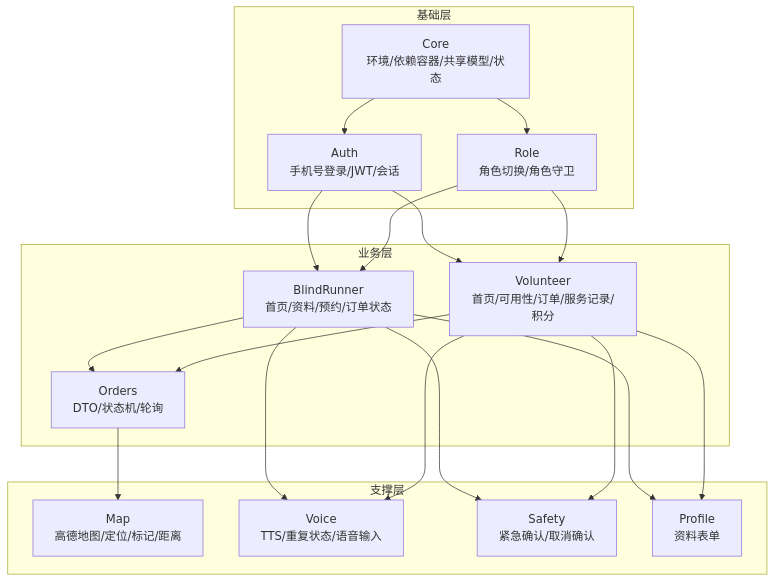
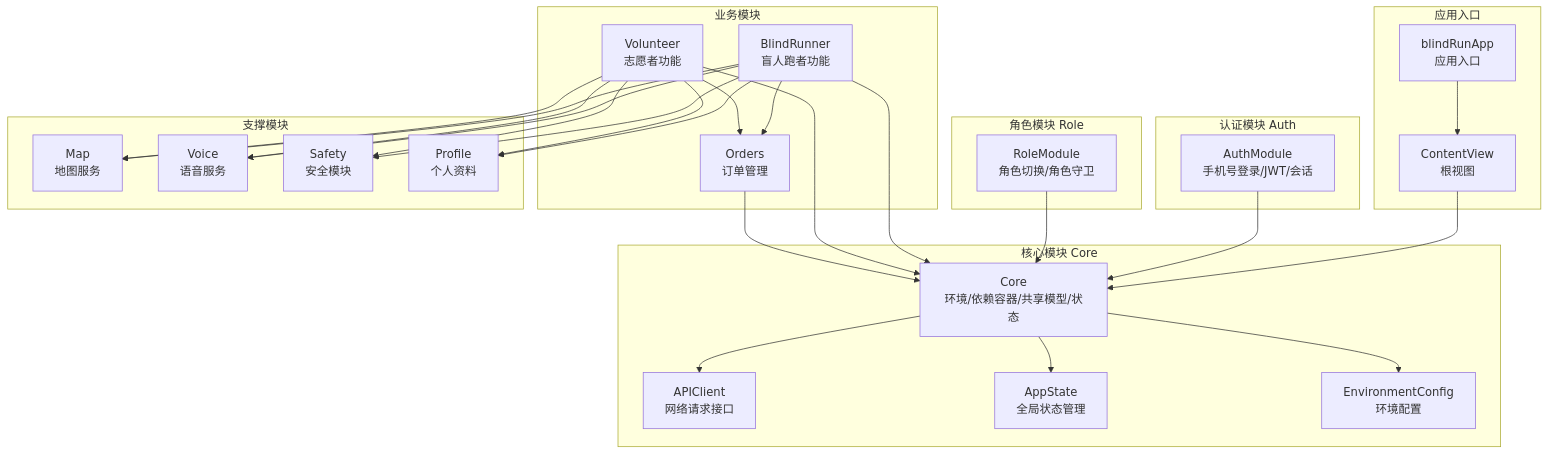
The first of 6 diagrams in .qoder/repowiki/zh/content/架构设计/模块化架构设计/模块化架构设计.md (Jayden23018/blind-run-ios), drawn with Mermaid before and after one commit. The commit also changed other lines of this file and 35 other files, not shown here.

Commit message:
Implement backend auth and role-switch flow

````diff
--- a/.qoder/repowiki/zh/content/架构设计/模块化架构设计/模块化架构设计.md
+++ b/.qoder/repowiki/zh/content/架构设计/模块化架构设计/模块化架构设计.md
@@ -86,34 +49,50 @@
 ```mermaid
 graph TB
-subgraph "基础层"
+subgraph "应用入口"
+App["blindRunApp<br/>应用入口"]
+Content["ContentView<br/>根视图"]
+end
+subgraph "核心模块 Core"
 Core["Core<br/>环境/依赖容器/共享模型/状态"]
-Auth["Auth<br/>手机号登录/JWT/会话"]
-Role["Role<br/>角色切换/角色守卫"]
+APIClient["APIClient<br/>网络请求接口"]
+AppState["AppState<br/>全局状态管理"]
+EnvConfig["EnvironmentConfig<br/>环境配置"]
 end
-subgraph "业务层"
-BR["BlindRunner<br/>首页/资料/预约/订单状态"]
-VOL["Volunteer<br/>首页/可用性/订单/服务记录/积分"]
-ORD["Orders<br/>DTO/状态机/轮询"]
+subgraph "认证模块 Auth"
+Auth["AuthModule<br/>手机号登录/JWT/会话"]
 end
-subgraph "支撑层"
-MAP["Map<br/>高德地图/定位/标记/距离"]
-VOICE["Voice<br/>TTS/重复状态/语音输入"]
-SAFETY["Safety<br/>紧急确认/取消确认"]
-PROFILE["Profile<br/>资料表单"]
+subgraph "角色模块 Role"
+Role["RoleModule<br/>角色切换/角色守卫"]
 end
-Core --> Auth
-Core --> Role
-Auth --> BR
-Auth --> VOL
-Role --> BR
-Role --> VOL
+subgraph "业务模块"
+BR["BlindRunner<br/>盲人跑者功能"]
+VOL["Volunteer<br/>志愿者功能"]
+ORD["Orders<br/>订单管理"]
+end
+subgraph "支撑模块"
+MAP["Map<br/>地图服务"]
+VOICE["Voice<br/>语音服务"]
+SAFETY["Safety<br/>安全模块"]
+PROFILE["Profile<br/>个人资料"]
+end
+App --> Content
+Content --> Core
+Core --> APIClient
+Core --> AppState
+Core --> EnvConfig
+Auth --> Core
+Role --> Core
+BR --> Core
+VOL --> Core
+ORD --> Core
 BR --> ORD
 VOL --> ORD
-ORD --> MAP
+BR --> MAP
+VOL --> MAP
 BR --> VOICE
 VOL --> VOICE
 BR --> SAFETY
 VOL --> SAFETY
 BR --> PROFILE
 VOL --> PROFILE
 ```
````
